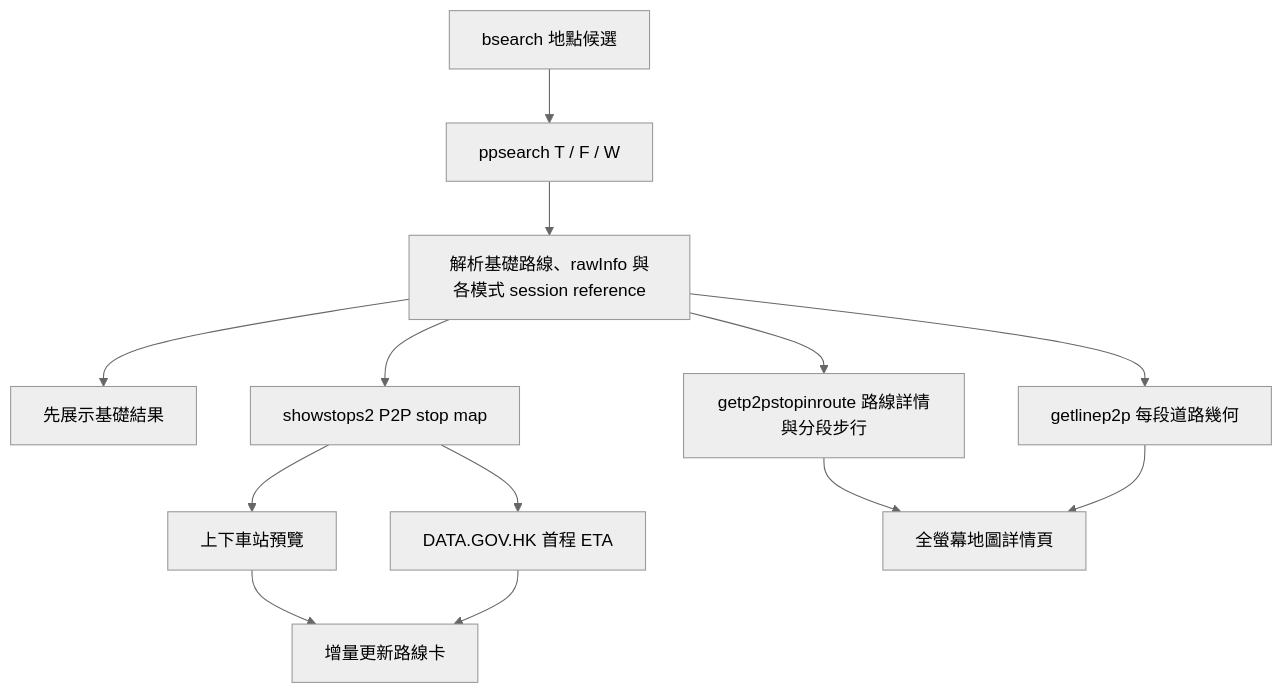
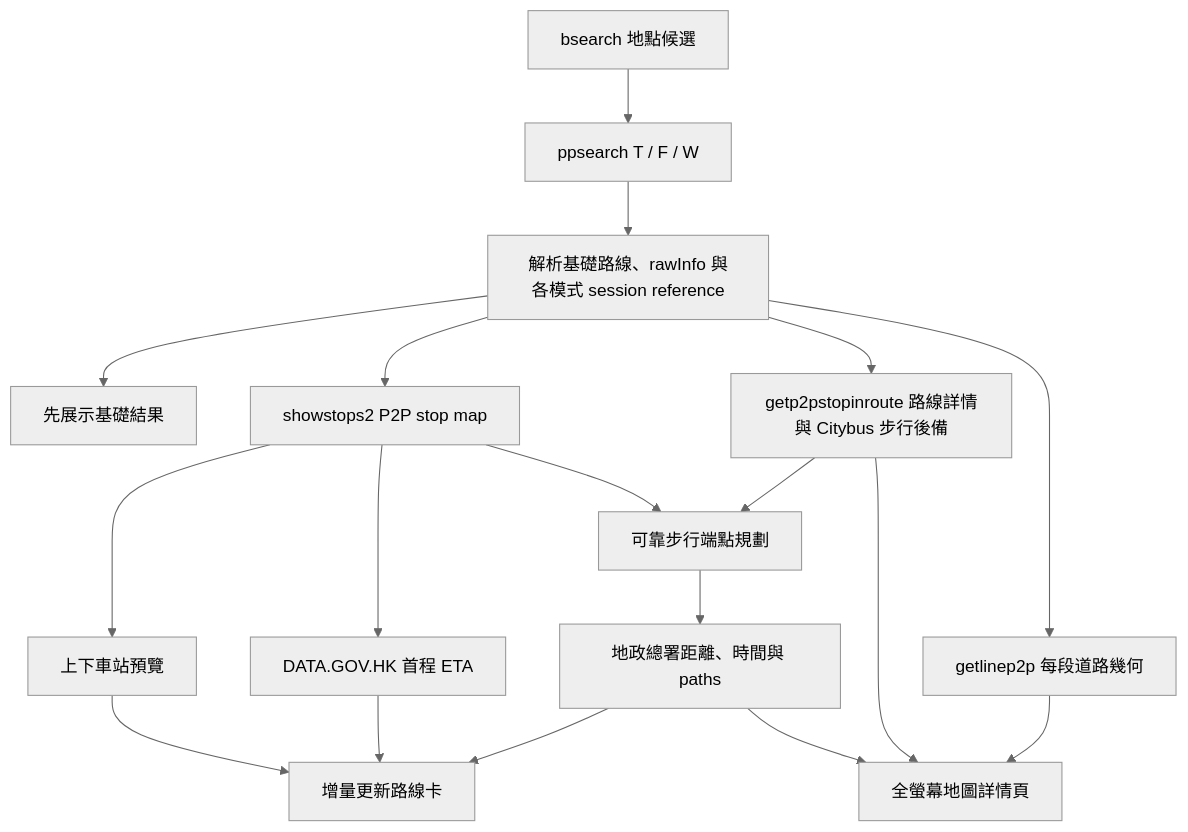
One commit to TianLanhe/BusIsComing changed the diagram in docs/citybus-route-query-and-eta.md. Above: the diagram before and after it, drawn with Mermaid (neutral theme). The commit also changed other lines of this file and 61 other files, not shown here.

````diff
--- a/docs/citybus-route-query-and-eta.md
+++ b/docs/citybus-route-query-and-eta.md
@@ -21,15 +21,20 @@
 ```mermaid
 flowchart TD
     Place["bsearch 地點候選"] --> Query["ppsearch T / F / W"]
     Query --> Parse["解析基礎路線、rawInfo 與各模式 session reference"]
     Parse --> Initial["先展示基礎結果"]
     Parse --> StopMap["showstops2 P2P stop map"]
     StopMap --> Preview["上下車站預覽"]
     StopMap --> Eta["DATA.GOV.HK 首程 ETA"]
-    Parse --> Detail["getp2pstopinroute 路線詳情與分段步行"]
+    Parse --> Detail["getp2pstopinroute 路線詳情與 Citybus 步行後備"]
     Parse --> Geometry["getlinep2p 每段道路幾何"]
+    StopMap --> Planner["可靠步行端點規劃"]
+    Detail --> Planner
+    Planner --> CSDI["地政總署距離、時間與 paths"]
     Preview --> Incremental["增量更新路線卡"]
     Eta --> Incremental
+    CSDI --> Incremental
     Detail --> Page["全螢幕地圖詳情頁"]
     Geometry --> Page
+    CSDI --> Page
 ```
````
